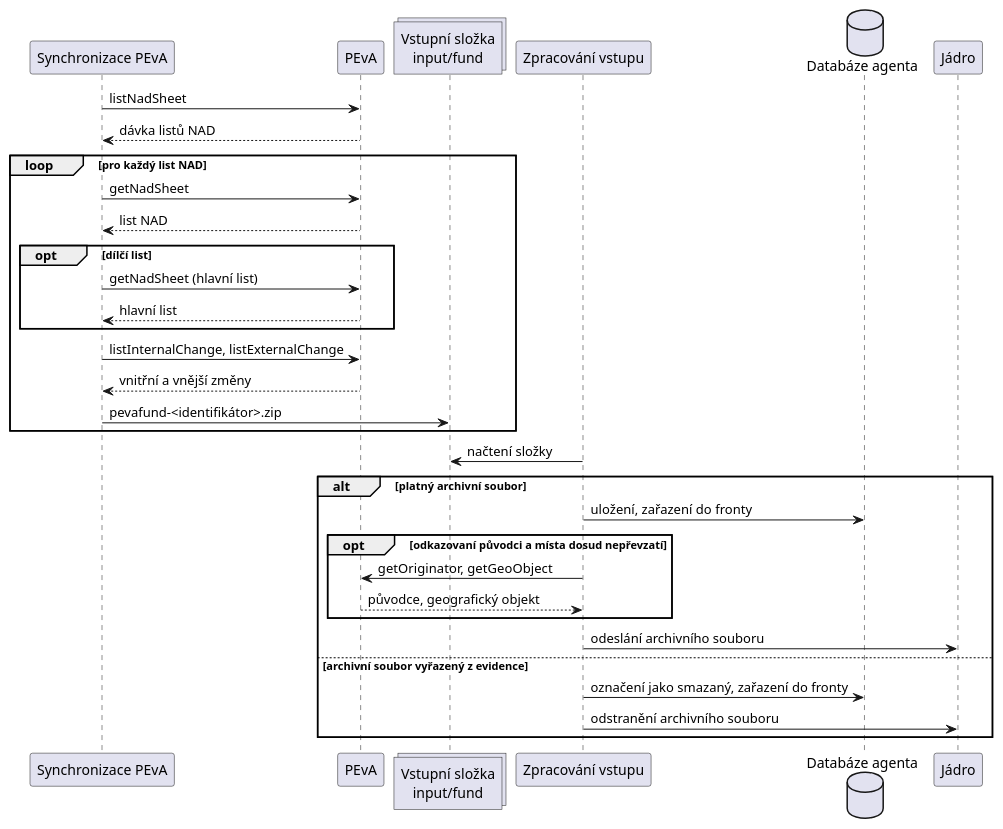
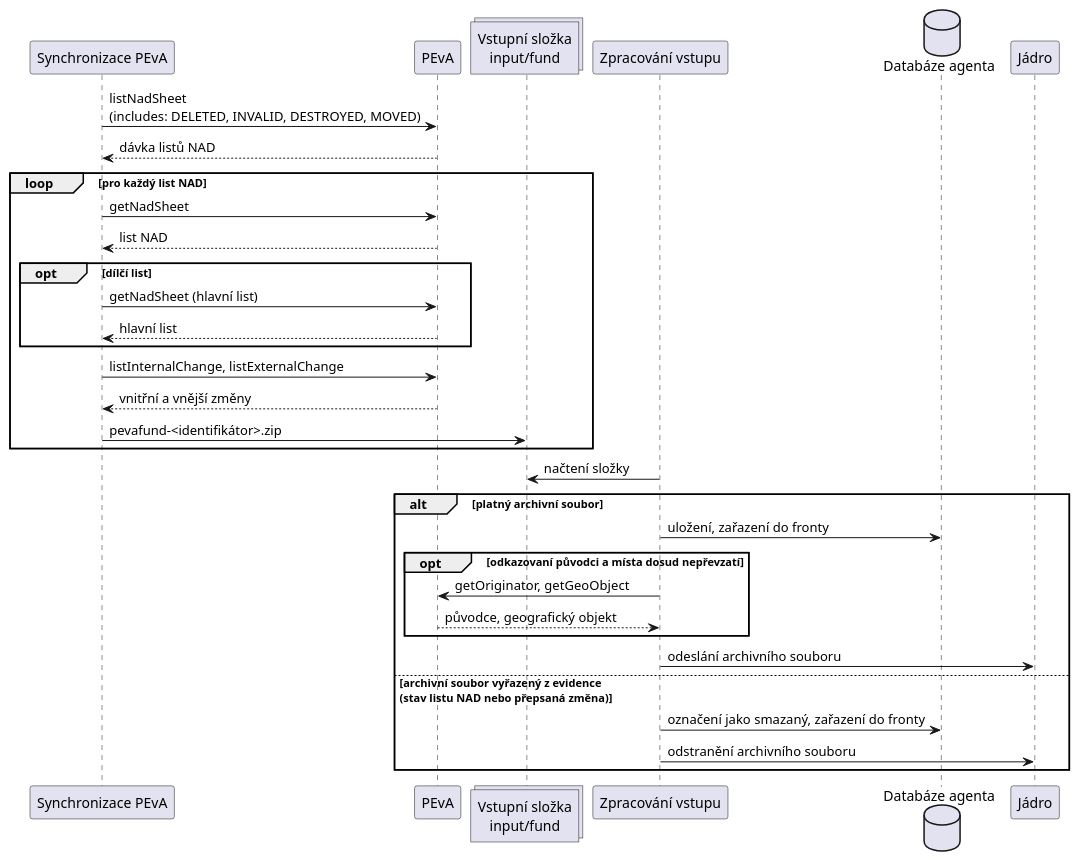
The third of 4 diagrams in doc/source/transfagent/peva.rst (elzasw/aron-old-g1), drawn with PlantUML before and after one commit. The commit also changed other lines of this file, not shown here.

```diff
--- a/doc/source/transfagent/peva.rst
+++ b/doc/source/transfagent/peva.rst
@@ -204,37 +206,37 @@
 .. uml::
     :caption: Import archivního souboru
     :align: center
 
     participant "Synchronizace PEvA" as SYNC
     participant "PEvA" as PEVA
     collections "Vstupní složka\ninput/fund" as IN
     participant "Zpracování vstupu" as PROC
     database "Databáze agenta" as DB
     participant "Jádro" as CORE
 
-    SYNC -> PEVA : listNadSheet
+    SYNC -> PEVA : listNadSheet\n(includes: DELETED, INVALID, DESTROYED, MOVED)
     PEVA --> SYNC : dávka listů NAD
     loop pro každý list NAD
       SYNC -> PEVA : getNadSheet
       PEVA --> SYNC : list NAD
       opt dílčí list
         SYNC -> PEVA : getNadSheet (hlavní list)
         PEVA --> SYNC : hlavní list
       end
       SYNC -> PEVA : listInternalChange, listExternalChange
       PEVA --> SYNC : vnitřní a vnější změny
       SYNC -> IN : pevafund-<identifikátor>.zip
     end
 
     PROC -> IN : načtení složky
     alt platný archivní soubor
       PROC -> DB : uložení, zařazení do fronty
       opt odkazovaní původci a místa dosud nepřevzatí
         PROC -> PEVA : getOriginator, getGeoObject
         PEVA --> PROC : původce, geografický objekt
       end
       PROC -> CORE : odeslání archivního souboru
-    else archivní soubor vyřazený z evidence
+    else archivní soubor vyřazený z evidence\n(stav listu NAD nebo přepsaná změna)
       PROC -> DB : označení jako smazaný, zařazení do fronty
       PROC -> CORE : odstranění archivního souboru
     end
```
